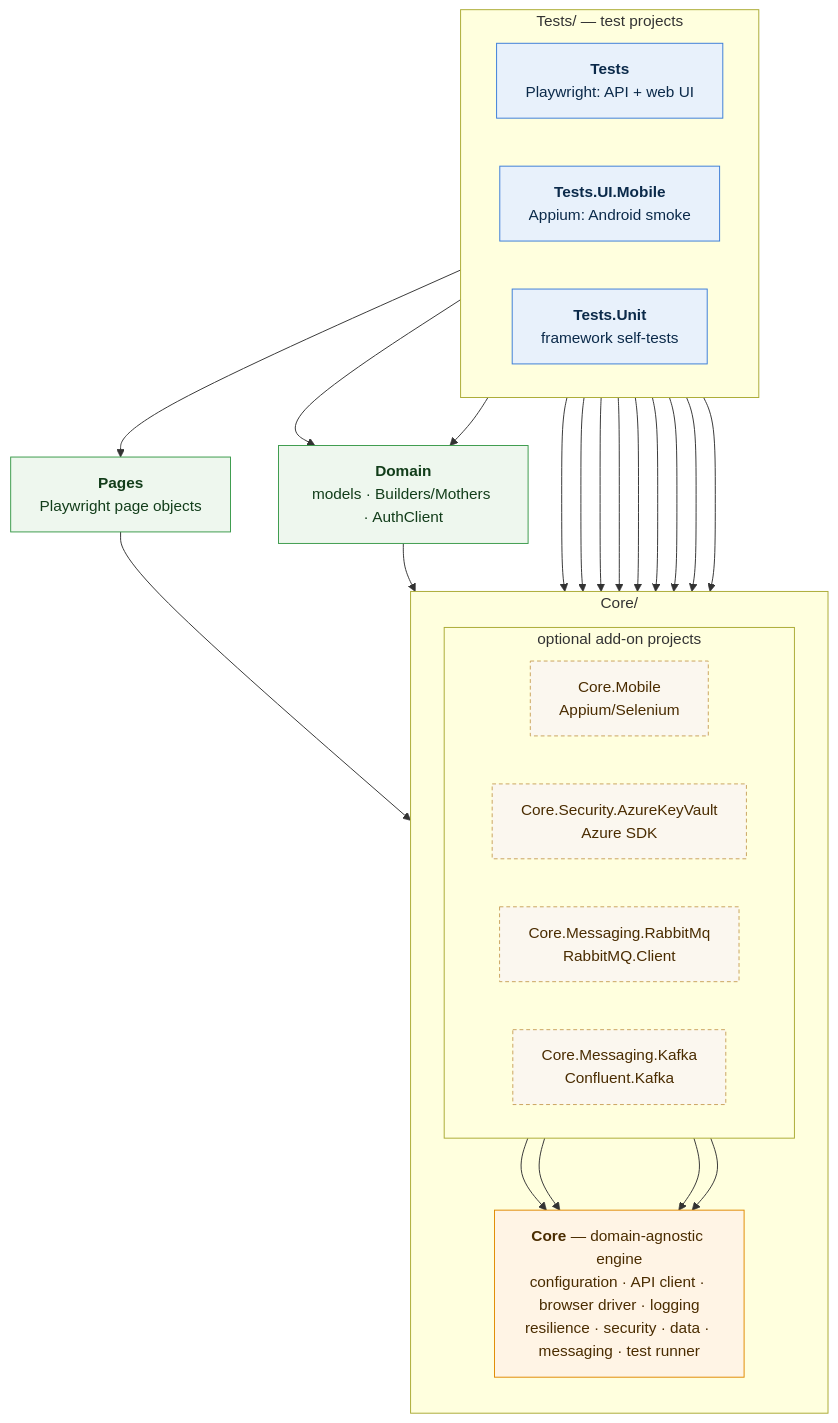
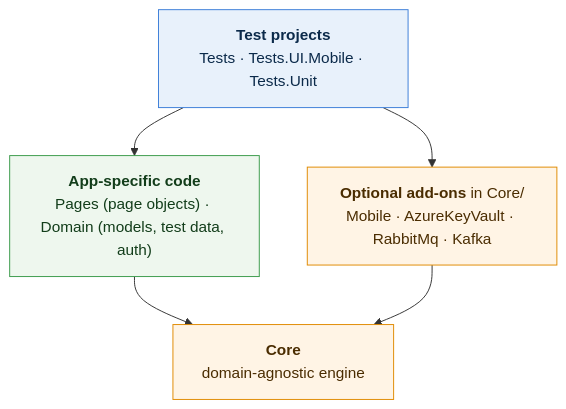
Before and after one commit to ravs788/complete-test-automation-fmw: the first of 6 diagrams in docs/DIAGRAMS.md, drawn with Mermaid. The commit also changed other lines of this file and 1 other file, not shown here.

First line of the commit message:
docs: simplify the Mermaid diagrams for readability

````diff
--- a/docs/DIAGRAMS.md
+++ b/docs/DIAGRAMS.md
@@ -20,40 +20,19 @@
 ```mermaid
 flowchart TB
-    subgraph TESTS["Tests/ — test projects"]
-        direction LR
-        T["<b>Tests</b><br/>Playwright: API + web UI"]
-        TM["<b>Tests.UI.Mobile</b><br/>Appium: Android smoke"]
-        TU["<b>Tests.Unit</b><br/>framework self-tests"]
-    end
+    TESTS["<b>Test projects</b><br/>Tests · Tests.UI.Mobile · Tests.Unit"]
+    APP["<b>App-specific code</b><br/>Pages (page objects) · Domain (models, test data, auth)"]
+    ADDONS["<b>Optional add-ons</b> in Core/<br/>Mobile · AzureKeyVault · RabbitMq · Kafka"]
+    CORE["<b>Core</b><br/>domain-agnostic engine"]
 
-    P["<b>Pages</b><br/>Playwright page objects"]
-    D["<b>Domain</b><br/>models · Builders/Mothers · AuthClient"]
-
-    subgraph CORE["Core/"]
-        direction TB
-        C["<b>Core</b> — domain-agnostic engine<br/>configuration · API client · browser driver · logging<br/>resilience · security · data · messaging · test runner"]
-        subgraph ADDONS["optional add-on projects"]
-            direction LR
-            CM["Core.Mobile<br/>Appium/Selenium"]
-            KV["Core.Security.AzureKeyVault<br/>Azure SDK"]
-            RQ["Core.Messaging.RabbitMq<br/>RabbitMQ.Client"]
-            KF["Core.Messaging.Kafka<br/>Confluent.Kafka"]
-        end
-    end
-
-    T --> P & D & C & KV
-    TM --> CM & KV
-    TU --> C & D & CM & KV & RQ & KF
-    P --> C
-    D --> C
-    CM & KV & RQ & KF --> C
+    TESTS --> APP
+    TESTS --> ADDONS
+    APP --> CORE
+    ADDONS --> CORE
 
     classDef test fill:#e8f1fb,stroke:#3b7dd8,color:#0b2a4a
     classDef app fill:#eef7ee,stroke:#3a9a4a,color:#123d1a
     classDef core fill:#fff4e5,stroke:#e08a00,color:#4a2c00
-    classDef addon fill:#fbf7ef,stroke:#c9a35c,stroke-dasharray:4 3,color:#4a2c00
-    class T,TM,TU test
-    class P,D app
-    class C core
-    class CM,KV,RQ,KF addon
+    class TESTS test
+    class APP app
+    class ADDONS,CORE core
 ```
````
